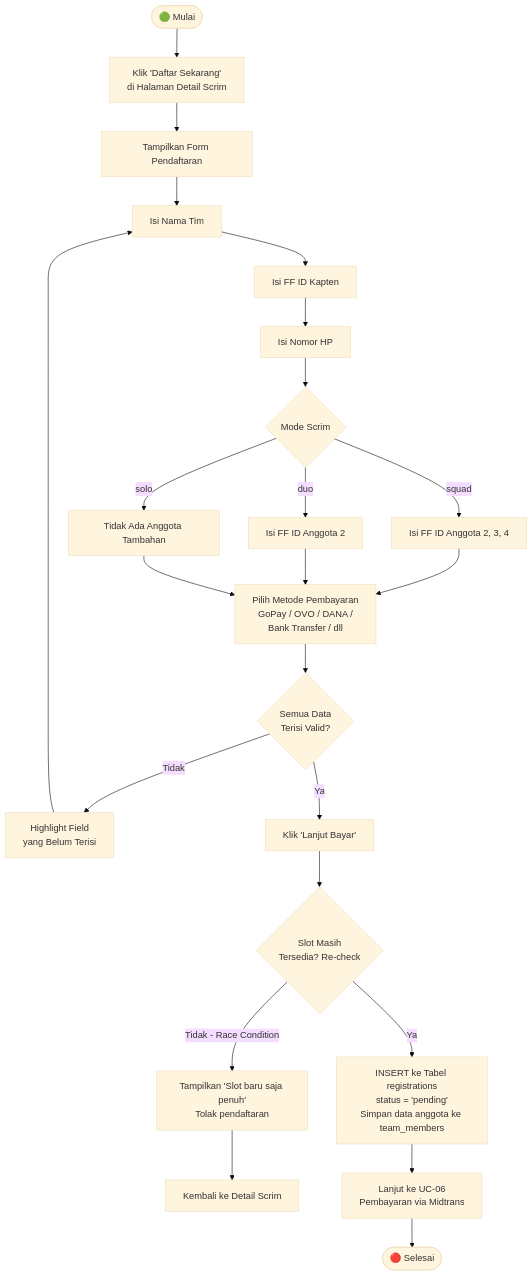
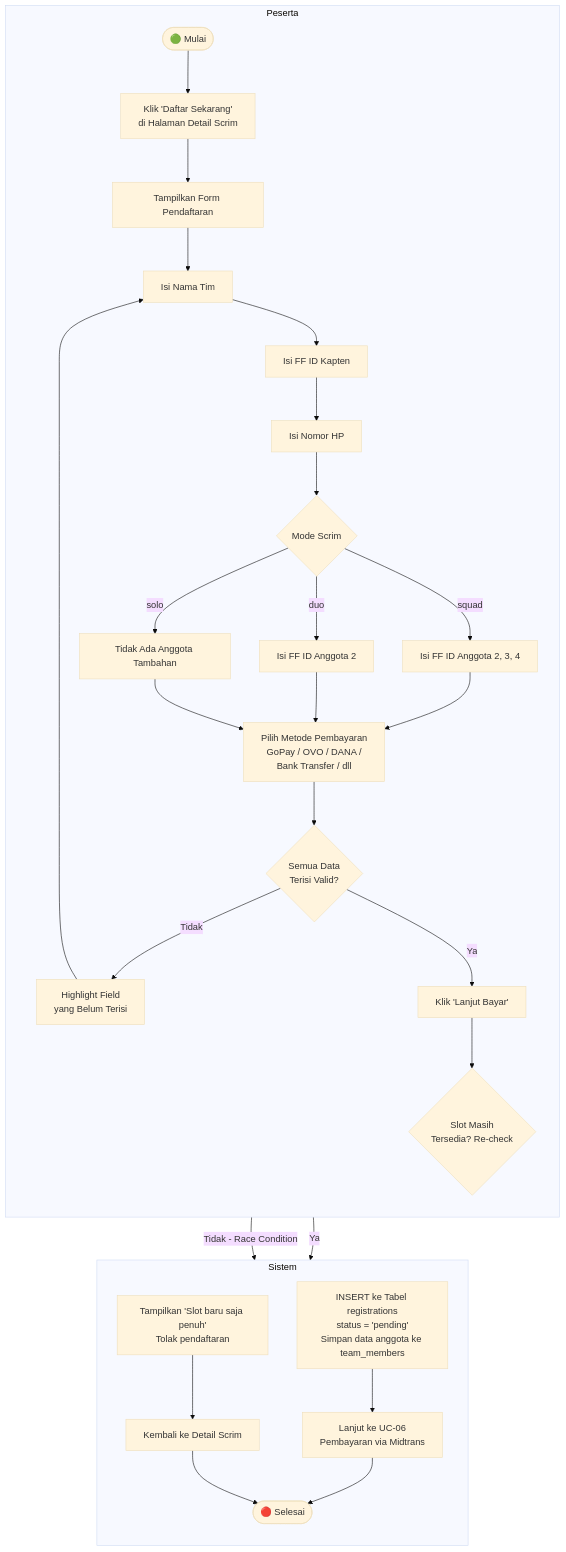
Before and after one commit to yosima050/booyahhub: the sixth of 43 diagrams in DOKUMENTASI.md, drawn with Mermaid (base theme). The commit also changed other lines of this file, not shown here.

Commit message:
docs: rename Platform Owner role to Platform and refactor Mermaid flowcharts in documentation

````diff
--- a/DOKUMENTASI.md
+++ b/DOKUMENTASI.md
@@ -313,23 +344,30 @@
 ```mermaid
 flowchart TD
-    A([🟢 Mulai]) --> B[Klik 'Daftar Sekarang'\ndi Halaman Detail Scrim]
-    B --> C[Tampilkan Form Pendaftaran]
-    C --> D[Isi Nama Tim]
-    D --> E[Isi FF ID Kapten]
-    E --> F[Isi Nomor HP]
-    F --> G{Mode Scrim}
-    G -->|squad| H[Isi FF ID Anggota 2, 3, 4]
-    G -->|duo| I[Isi FF ID Anggota 2]
-    G -->|solo| J[Tidak Ada Anggota Tambahan]
-    H & I & J --> K[Pilih Metode Pembayaran\nGoPay / OVO / DANA /\nBank Transfer / dll]
-    K --> L{Semua Data\nTerisi Valid?}
-    L -->|Tidak| M[Highlight Field\nyang Belum Terisi]
-    M --> D
-    L -->|Ya| N[Klik 'Lanjut Bayar']
-    N --> O{Slot Masih\nTersedia? Re-check}
-    O -->|Tidak - Race Condition| P[Tampilkan 'Slot baru saja penuh'\nTolak pendaftaran]
-    P --> Q[Kembali ke Detail Scrim]
-    O -->|Ya| R[INSERT ke Tabel registrations\nstatus = 'pending'\nSimpan data anggota ke team_members]
-    R --> S[Lanjut ke UC-06\nPembayaran via Midtrans]
-    S --> T([🔴 Selesai])
+    subgraph Peserta
+        direction TB
+        A([🟢 Mulai]) --> B[Klik 'Daftar Sekarang'<br/>di Halaman Detail Scrim]
+        C --> D[Isi Nama Tim]
+        D --> E[Isi FF ID Kapten]
+        E --> F[Isi Nomor HP]
+        F --> G{Mode Scrim}
+        G -->|squad| H[Isi FF ID Anggota 2, 3, 4]
+        G -->|duo| I[Isi FF ID Anggota 2]
+        G -->|solo| J[Tidak Ada Anggota Tambahan]
+        H & I & J --> K[Pilih Metode Pembayaran<br/>GoPay / OVO / DANA /<br/>Bank Transfer / dll]
+        K --> L
+        M --> D
+        N[Klik 'Lanjut Bayar'] --> O
+    end
+
+    subgraph Sistem
+        direction TB
+        B --> C[Tampilkan Form Pendaftaran]
+        L{Semua Data<br/>Terisi Valid?} -->|Tidak| M[Highlight Field<br/>yang Belum Terisi]
+        L -->|Ya| N
+        O{Slot Masih<br/>Tersedia? Re-check} -->|Tidak - Race Condition| P[Tampilkan 'Slot baru saja penuh'<br/>Tolak pendaftaran]
+        P --> Q[Kembali ke Detail Scrim]
+        O -->|Ya| R[INSERT ke Tabel registrations<br/>status = 'pending'<br/>Simpan data anggota ke team_members]
+        R --> S[Lanjut ke UC-06<br/>Pembayaran via Midtrans]
+        Q & S --> T([🔴 Selesai])
+    end
 ```
````
